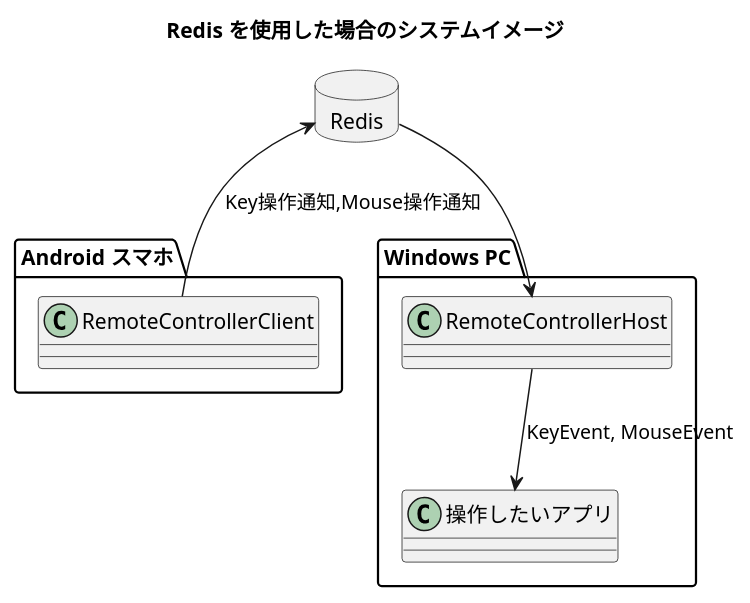
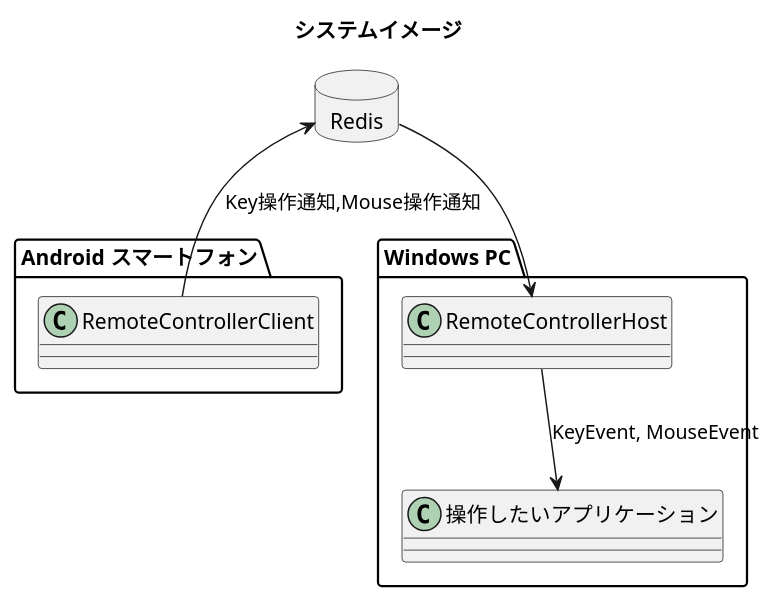
Before and after one commit to entan05/RemoteController: the diagram in doc/plantuml/Redisを使用した場合のシステムイメージ.wsd, drawn with PlantUML. The commit also changed 3 other files, not shown here.

```diff
--- a/doc/plantuml/Redisを使用した場合のシステムイメージ.wsd
+++ b/doc/plantuml/Redisを使用した場合のシステムイメージ.wsd
@@ -1,23 +1,23 @@
 @startuml
-title Redis を使用した場合のシステムイメージ
+title システムイメージ
 
-package "Android スマホ" {
+package "Android スマートフォン" {
     class "RemoteControllerClient" as rcc
 }
 
 database Redis {
 
 }
 
 package "Windows PC" {
     class "RemoteControllerHost" as rch
-    class "操作したいアプリ"
+    class "操作したいアプリケーション"
 
-    rch -down-> "操作したいアプリ" : KeyEvent, MouseEvent
+    rch -down-> "操作したいアプリケーション" : KeyEvent, MouseEvent
 }
 
 rcc -up-> Redis : Key操作通知,Mouse操作通知
 
 Redis -down-> rch
 
 @enduml
```
